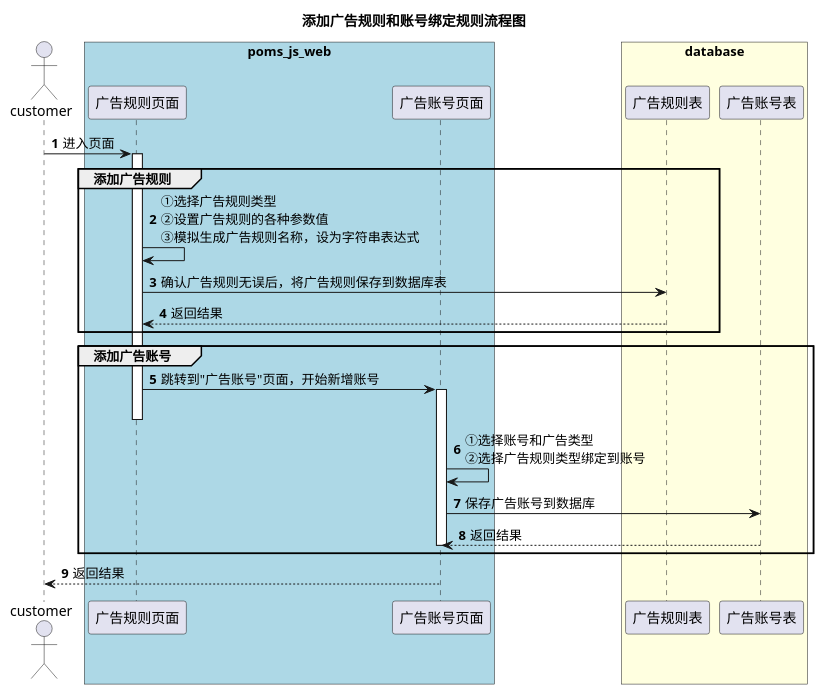
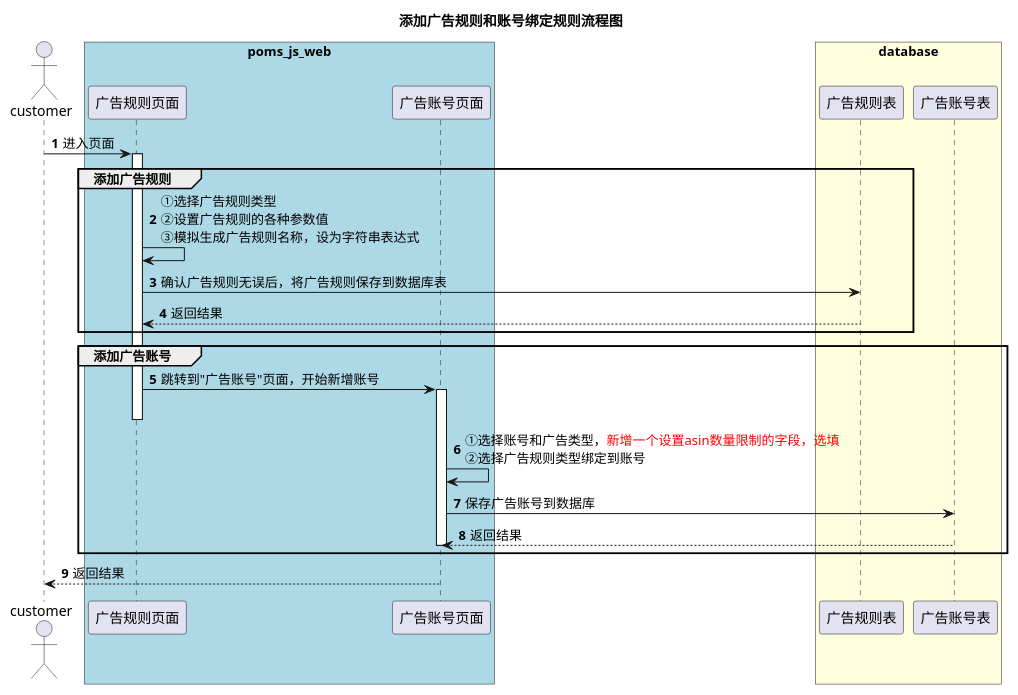
Before and after one commit to shallowdream1997/ShallowDream-LeetCode-PHP: the diagram in uml/广告添加规则.puml, drawn with PlantUML. The commit also changed 5 other files, not shown here.

```diff
--- a/uml/广告添加规则.puml
+++ b/uml/广告添加规则.puml
@@ -1,39 +1,39 @@
 @startuml
 title 添加广告规则和账号绑定规则流程图
 autonumber
 actor "customer" as customer
 
 box "poms_js_web" #lightBlue
 
 participant "广告规则页面" as t1
 participant "广告账号页面" as t2
 end box
 
 
 
 box "database" #lightYellow
 participant "广告规则表" as db1
 participant "广告账号表" as db2
 end box
 
 customer -> t1 : 进入页面
 group 添加广告规则
 activate t1
 t1 -> t1 : ①选择广告规则类型\n②设置广告规则的各种参数值\n③模拟生成广告规则名称，设为字符串表达式
 t1 -> db1 : 确认广告规则无误后，将广告规则保存到数据库表
 db1 --> t1 : 返回结果
 end
 
 group 添加广告账号
 t1 -> t2 : 跳转到"广告账号"页面，开始新增账号
 activate t2
 deactivate t1
-t2 -> t2 : ①选择账号和广告类型\n②选择广告规则类型绑定到账号
+t2 -> t2 : ①选择账号和广告类型，<color #red>新增一个设置asin数量限制的字段，选填\n②选择广告规则类型绑定到账号
 
 t2 -> db2 : 保存广告账号到数据库
 db2 --> t2 : 返回结果
 deactivate t2
 end
 
 t2 --> customer : 返回结果
 @enduml
```
